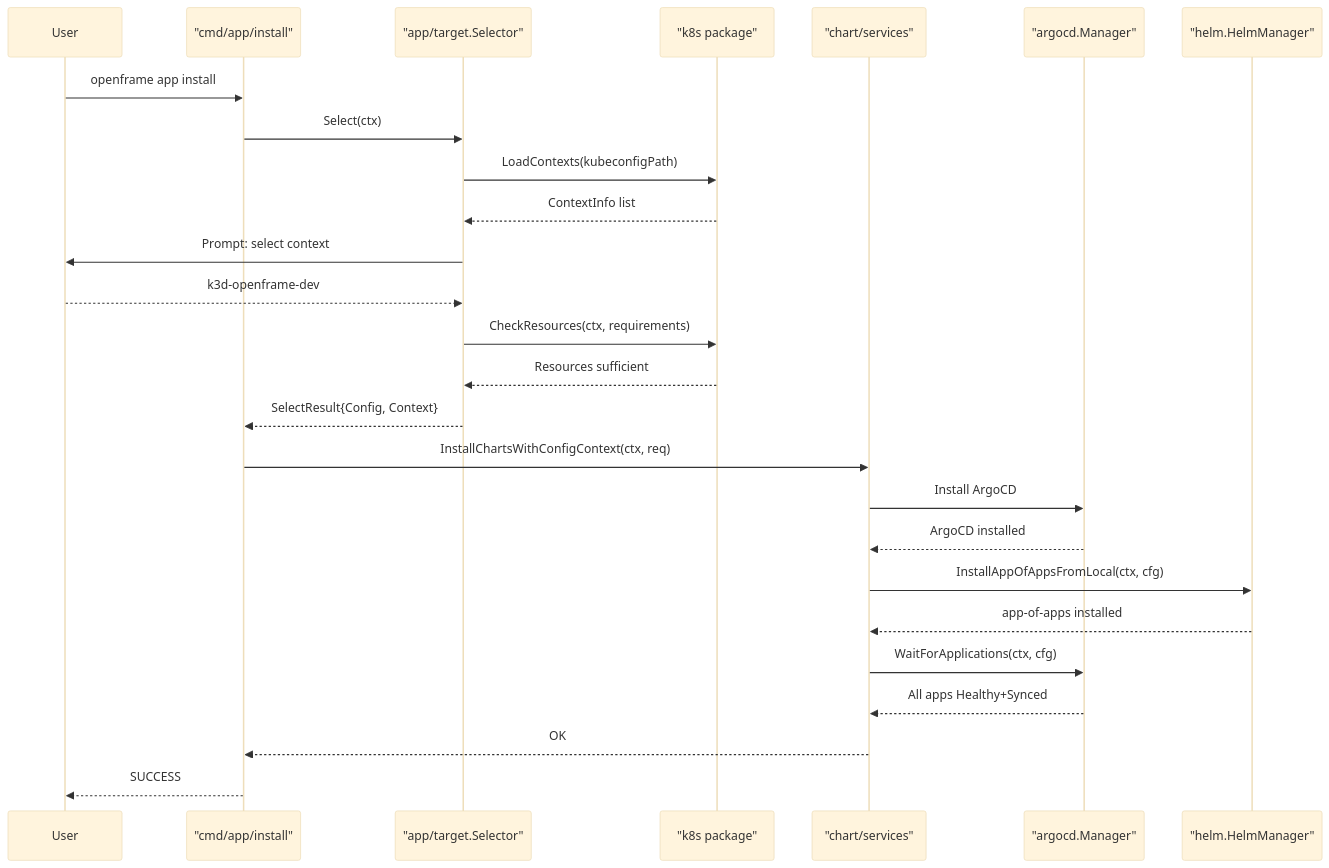
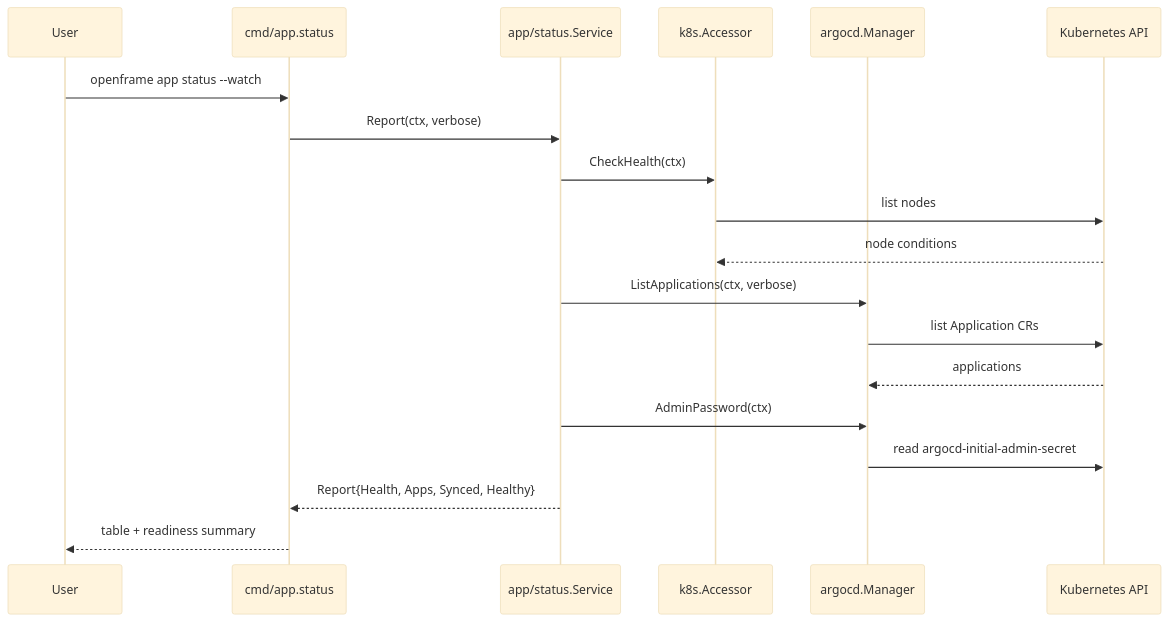
Before and after one commit to flamingo-stack/openframe-cli: the third of 3 diagrams in docs/development/architecture/README.md, drawn with Mermaid (base theme). The commit also changed other lines of this file and 9 other files, not shown here.

````diff
--- a/docs/development/architecture/README.md
+++ b/docs/development/architecture/README.md
@@ -168,30 +133,22 @@
 ```mermaid
 sequenceDiagram
     participant User
-    participant AppCmd as "cmd/app/install"
-    participant Target as "app/target.Selector"
-    participant K8sPkg as "k8s package"
-    participant ChSvc as "chart/services"
-    participant ArgoProv as "argocd.Manager"
-    participant HelmProv as "helm.HelmManager"
+    participant CLI as cmd/app.status
+    participant Svc as app/status.Service
+    participant Accessor as k8s.Accessor
+    participant ArgoCDMgr as argocd.Manager
+    participant K8s as Kubernetes API
 
-    User->>AppCmd: openframe app install
-    AppCmd->>Target: Select(ctx)
-    Target->>K8sPkg: LoadContexts(kubeconfigPath)
-    K8sPkg-->>Target: ContextInfo list
-    Target->>User: Prompt: select context
-    User-->>Target: k3d-openframe-dev
-    Target->>K8sPkg: CheckResources(ctx, requirements)
-    K8sPkg-->>Target: Resources sufficient
-    Target-->>AppCmd: SelectResult{Config, Context}
-
-    AppCmd->>ChSvc: InstallChartsWithConfigContext(ctx, req)
-    ChSvc->>ArgoProv: Install ArgoCD
-    ArgoProv-->>ChSvc: ArgoCD installed
-    ChSvc->>HelmProv: InstallAppOfAppsFromLocal(ctx, cfg)
-    HelmProv-->>ChSvc: app-of-apps installed
-    ChSvc->>ArgoProv: WaitForApplications(ctx, cfg)
-    ArgoProv-->>ChSvc: All apps Healthy+Synced
-    ChSvc-->>AppCmd: OK
-    AppCmd-->>User: SUCCESS
+    User->>CLI: openframe app status --watch
+    CLI->>Svc: Report(ctx, verbose)
+    Svc->>Accessor: CheckHealth(ctx)
+    Accessor->>K8s: list nodes
+    K8s-->>Accessor: node conditions
+    Svc->>ArgoCDMgr: ListApplications(ctx, verbose)
+    ArgoCDMgr->>K8s: list Application CRs
+    K8s-->>ArgoCDMgr: applications
+    Svc->>ArgoCDMgr: AdminPassword(ctx)
+    ArgoCDMgr->>K8s: read argocd-initial-admin-secret
+    Svc-->>CLI: Report{Health, Apps, Synced, Healthy}
+    CLI-->>User: table + readiness summary
 ```
````
